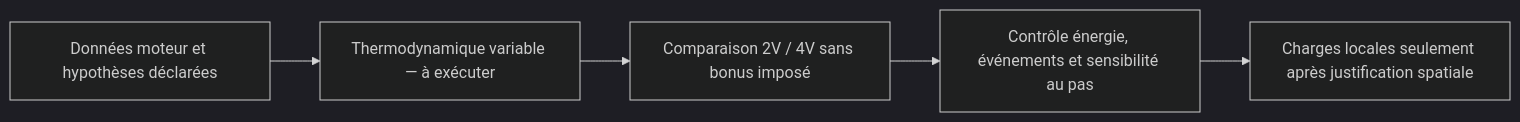
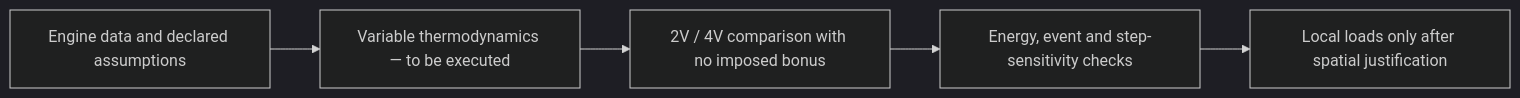
Before and after one commit to cluster2600/porscheparts: the diagram in docs/reports/M64_700PS_CYCLE_MODEL_AUDIT_20260908.md, drawn with Mermaid (dark theme). The commit also changed other lines of this file and 228 other files, not shown here.

````diff
--- a/docs/reports/M64_700PS_CYCLE_MODEL_AUDIT_20260908.md
+++ b/docs/reports/M64_700PS_CYCLE_MODEL_AUDIT_20260908.md
@@ -53,7 +55,7 @@
 ```mermaid
 flowchart LR
-    A["Données moteur et hypothèses déclarées"] --> B["Thermodynamique variable — à exécuter"]
-    B --> C["Comparaison 2V / 4V sans bonus imposé"]
-    C --> D["Contrôle énergie, événements et sensibilité au pas"]
-    D --> E["Charges locales seulement après justification spatiale"]
+    A["Engine data and declared assumptions"] --> B["Variable thermodynamics — to be executed"]
+    B --> C["2V / 4V comparison with no imposed bonus"]
+    C --> D["Energy, event and step-sensitivity checks"]
+    D --> E["Local loads only after spatial justification"]
 ```
````
